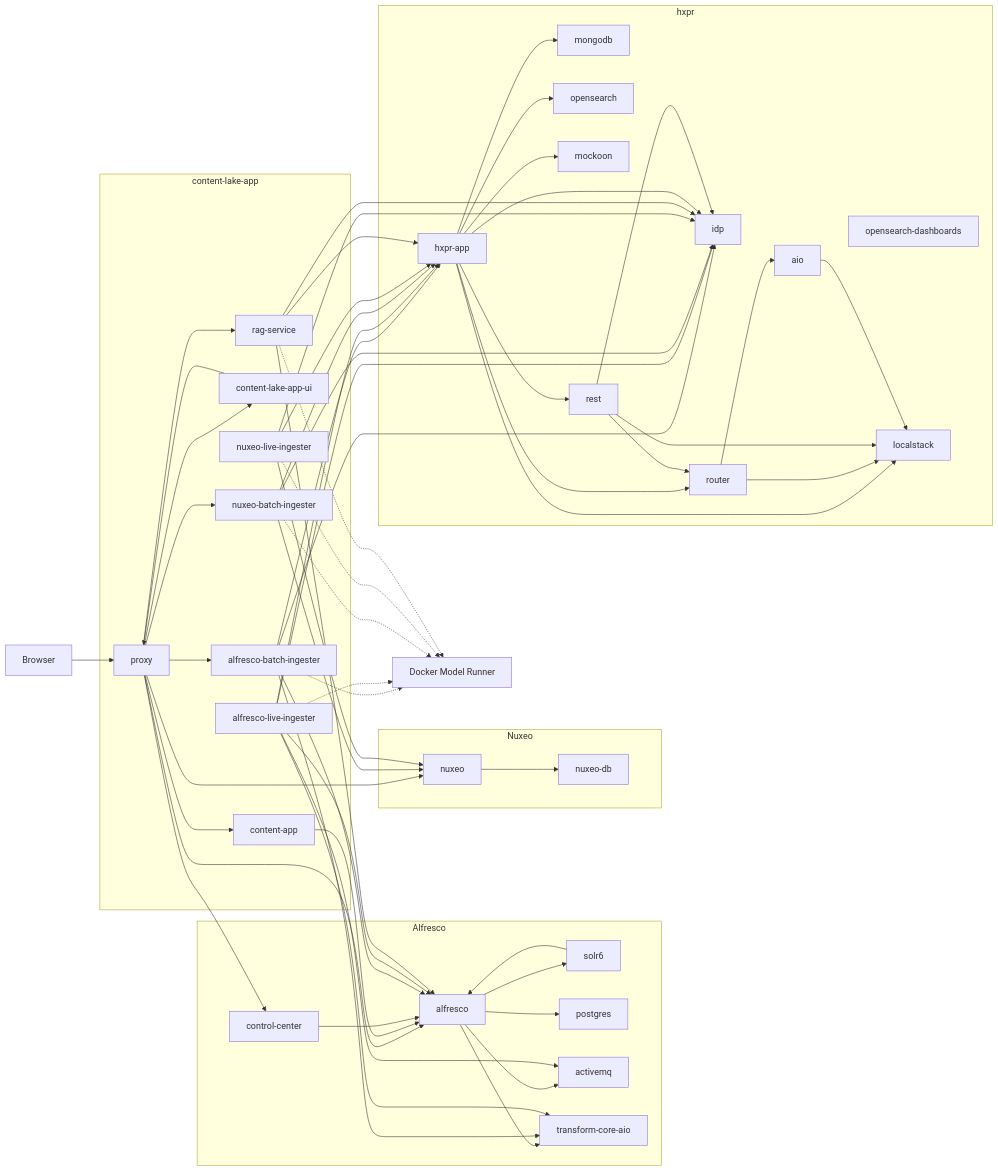
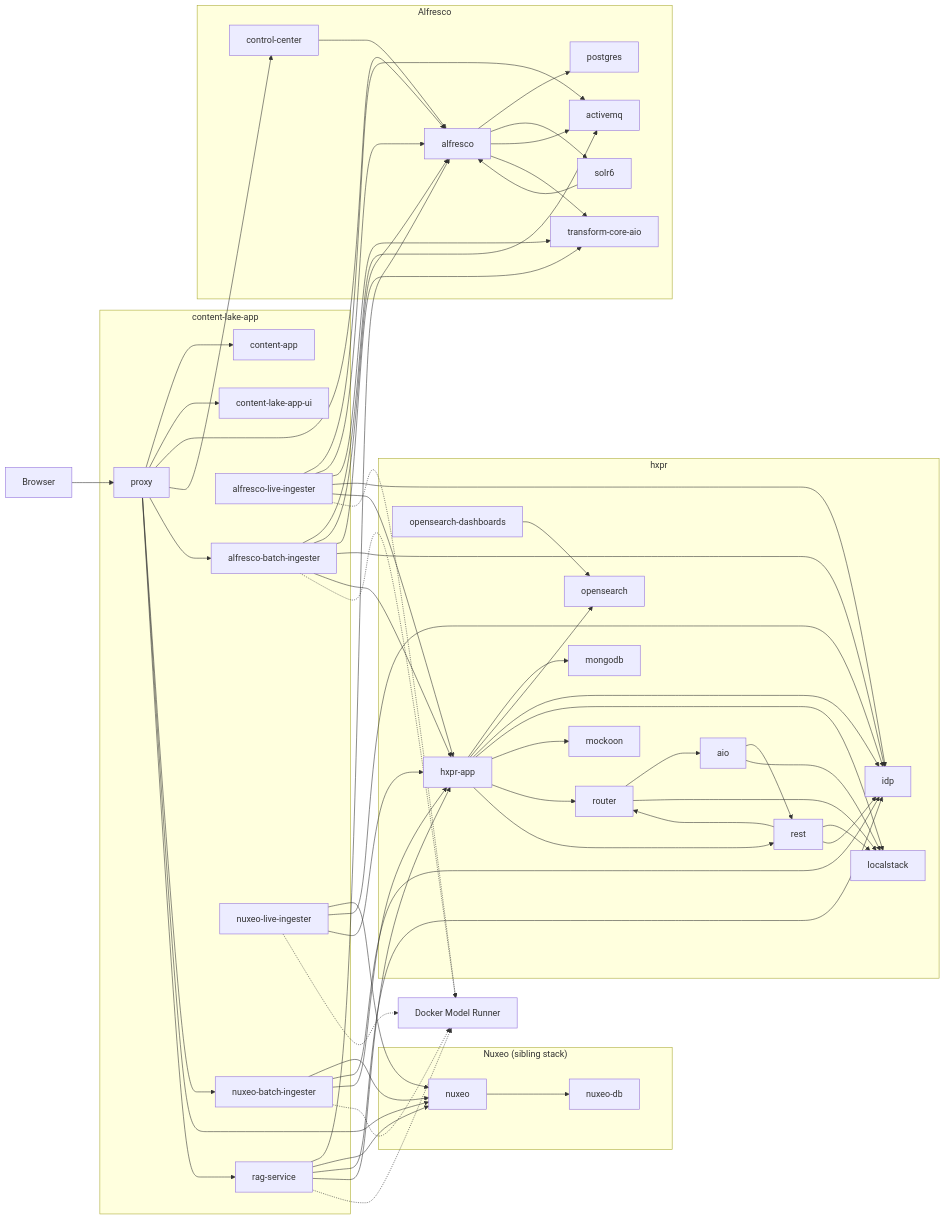
The diagram in README.md (aborroy/alfresco-content-lake-deployment), drawn with Mermaid before and after one commit. The commit also changed 1 other file, not shown here.

Commit message:
Fix architectural diagrams

````diff
--- a/README.md
+++ b/README.md
@@ -96,7 +96,7 @@
     Transform["transform-core-aio"]
   end
 
-  subgraph NUXEO["Nuxeo"]
+  subgraph NUXEO["Nuxeo (sibling stack)"]
     Nuxeo["nuxeo"]
     NuxeoDb["nuxeo-db"]
   end
@@ -125,8 +125,6 @@
   Proxy --> Nuxeo
   Proxy --> Rag
 
-  ContentApp --> Alfresco
-  DemoUi --> Proxy
   ControlCenter --> Alfresco
   Alfresco --> Postgres
   Alfresco --> Solr
@@ -134,8 +132,11 @@
   Alfresco --> Transform
   Solr --> Alfresco
 
+  OSD --> OpenSearch
+
   Nuxeo --> NuxeoDb
 
+  Batch --> ActiveMQ
   Batch --> Alfresco
   Batch --> Transform
   Batch --> Idp
@@ -160,6 +161,7 @@
   NuxeoLive -.-> ModelRunner
 
   Rag --> Alfresco
+  Rag --> Nuxeo
   Rag --> Idp
   Rag --> HxprApp
   Rag -.-> ModelRunner
@@ -177,5 +179,6 @@
   Rest --> Router
   Rest --> Localstack
   Rest --> Idp
+  Aio --> Rest
   Aio --> Localstack
 ```
````
